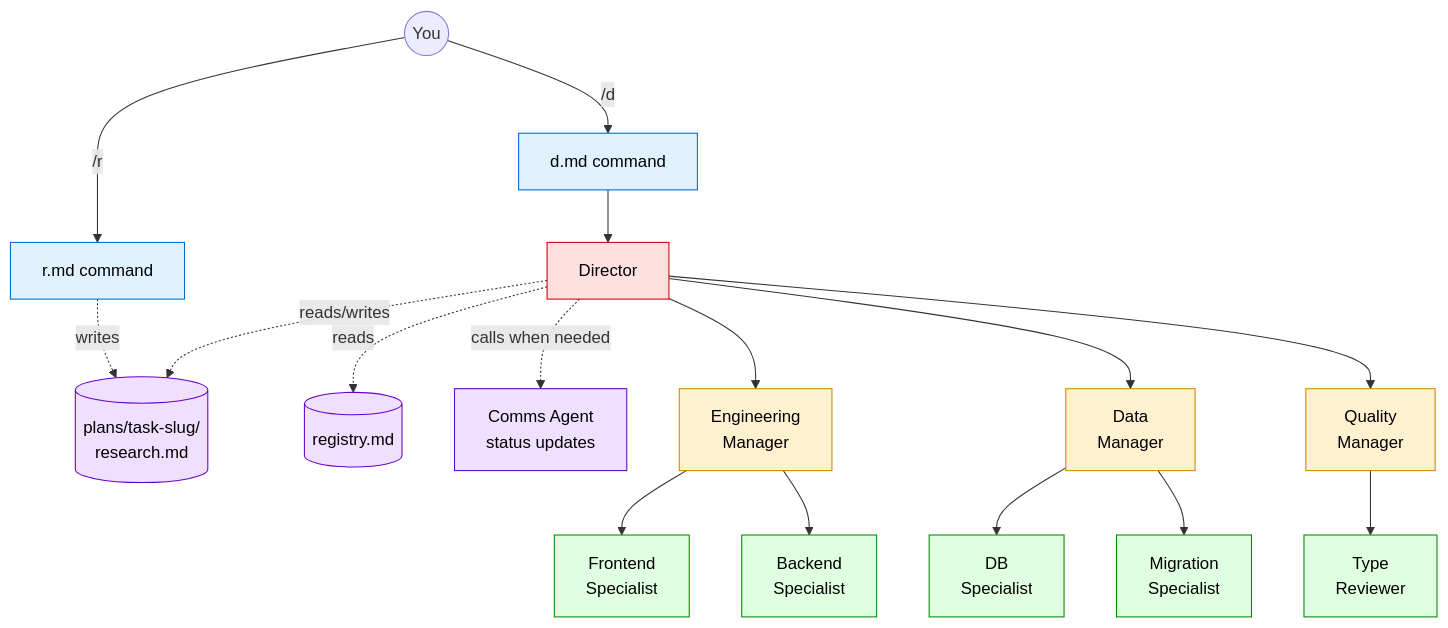
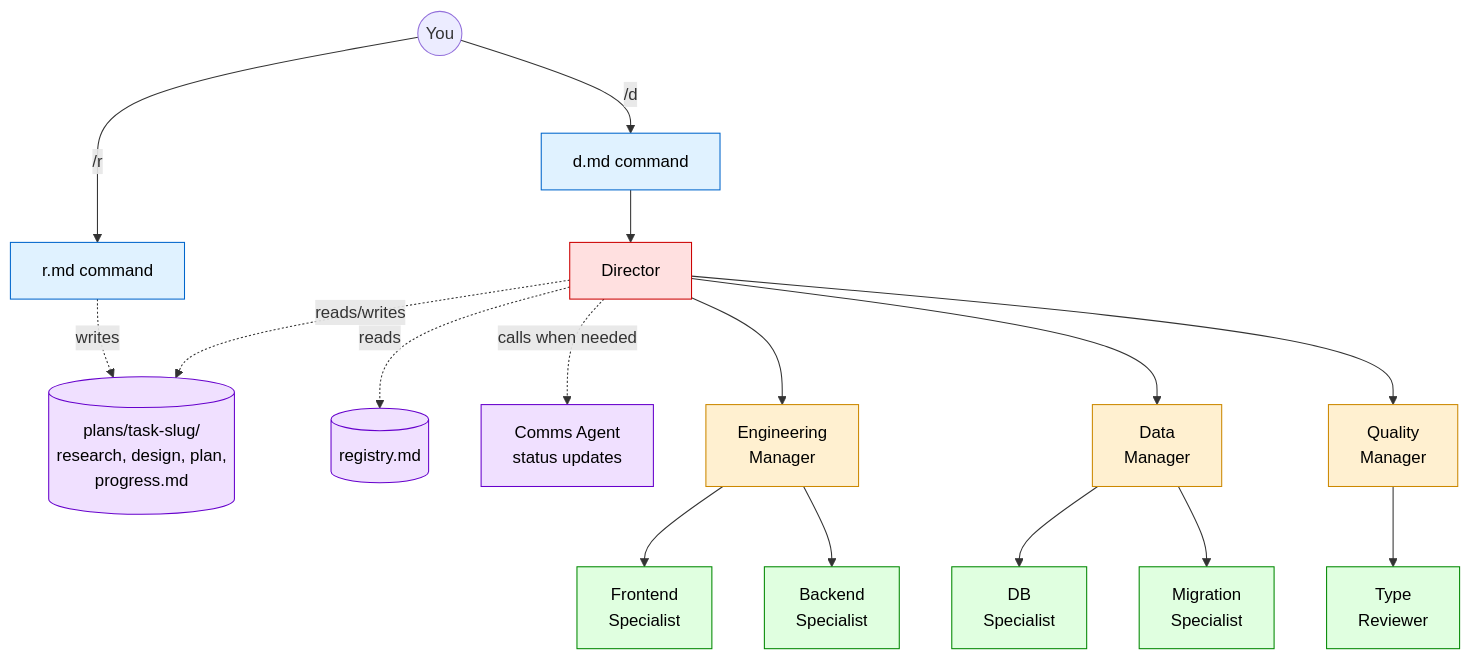
One commit to loschenbd/claude-agent-boilerplate changed the first of 3 diagrams in README.md. Above: the diagram before and after it, drawn with Mermaid. The commit also changed other lines of this file, not shown here.

Commit message:
docs: fix mermaid diagram inaccuracies
- Diagram 1 (agent hierarchy): Plans node now lists all artifacts
  (research/design/plan/progress.md), not just research.md
- Diagram 2 (QRSPI workflow): Start node mentions Q-phase so the
  diagram matches the QRSPI table

````diff
--- a/README.md
+++ b/README.md
@@ -40,32 +40,32 @@
 ```mermaid
 flowchart TD
     User((You))
     User -->|"/r"| ResearchCmd[r.md command]
     User -->|"/d"| DCmd[d.md command]
     DCmd --> Director
-    ResearchCmd -.writes.-> Plans[(plans/task-slug/<br/>research.md)]
+    ResearchCmd -.writes.-> Plans[(plans/task-slug/<br/>research, design, plan,<br/>progress.md)]
     Director[Director]
     Director -.reads.-> Registry[(registry.md)]
     Director -.reads/writes.-> Plans
     Director -.calls when needed.-> Comms[Comms Agent<br/>status updates]
     Director --> M1[Engineering<br/>Manager]
     Director --> M2[Data<br/>Manager]
     Director --> M3[Quality<br/>Manager]
     M1 --> S1a[Frontend<br/>Specialist]
     M1 --> S1b[Backend<br/>Specialist]
     M2 --> S2a[DB<br/>Specialist]
     M2 --> S2b[Migration<br/>Specialist]
     M3 --> S3a[Type<br/>Reviewer]
 
     classDef cmd fill:#e0f2ff,stroke:#0066cc,color:#000
     classDef director fill:#ffe0e0,stroke:#cc0000,color:#000
     classDef manager fill:#fff0d0,stroke:#cc8800,color:#000
     classDef specialist fill:#e0ffe0,stroke:#008800,color:#000
     classDef support fill:#f0e0ff,stroke:#6600cc,color:#000
 
     class ResearchCmd,DCmd cmd
     class Director director
     class M1,M2,M3 manager
     class S1a,S1b,S2a,S2b,S3a specialist
     class Comms,Registry,Plans support
 ```
````
